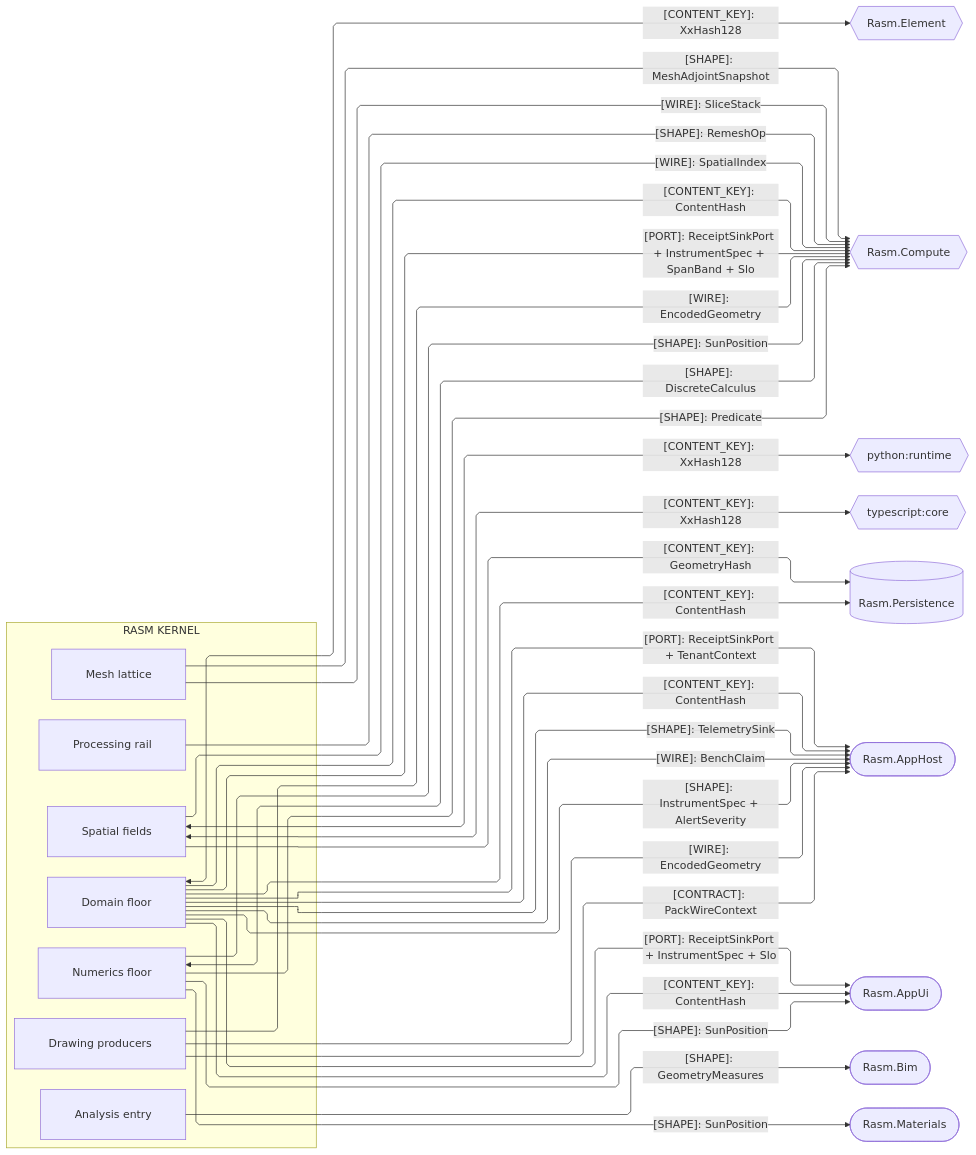
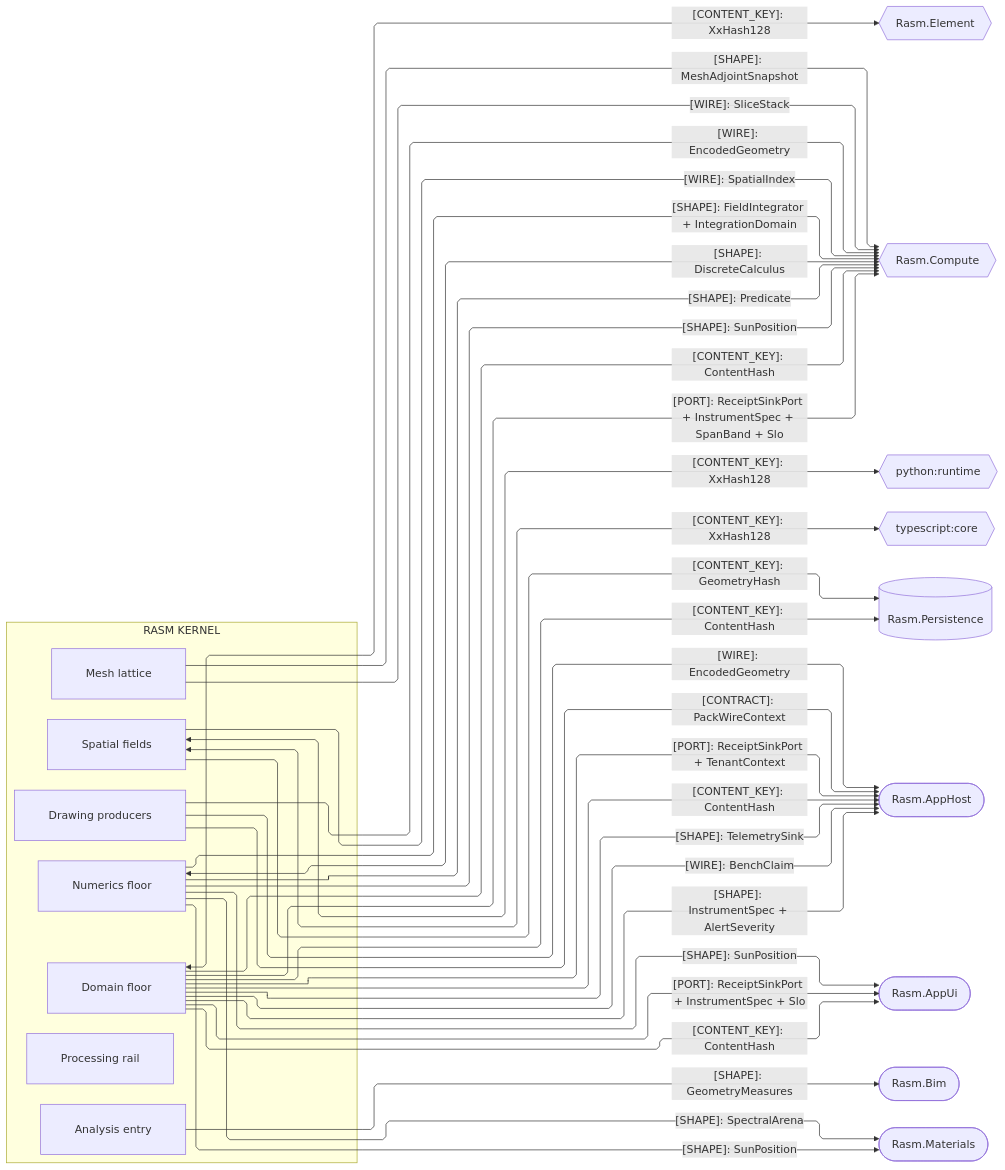
One commit to bsamiee/Rasm changed the second of 4 diagrams in libs/csharp/Rasm/ARCHITECTURE.md. Above: the diagram before and after it, drawn with Mermaid. The commit also changed other lines of this file and 138 other files, not shown here.

````diff
--- a/libs/csharp/Rasm/ARCHITECTURE.md
+++ b/libs/csharp/Rasm/ARCHITECTURE.md
@@ -149,57 +149,58 @@
 ```mermaid
 ---
 config:
   layout: elk
   flowchart:
     curve: linear
     padding: 25
 ---
 flowchart LR
     accTitle: Kernel content-key and compute-plane seams
     accDescr: Kernel owners federating content keys and handing compute, measure, and signal shapes, causal-frame ports, and encoded wires to same-branch and cross-runtime peers.
     subgraph rasm[RASM KERNEL]
         Domain[Domain floor]
         Numerics[Numerics floor]
         Spatial[Spatial fields]
         Meshing[Mesh lattice]
         Processing[Processing rail]
         Drawing[Drawing producers]
         Analysis[Analysis entry]
     end
     Element{{Rasm.Element}}
     Compute{{Rasm.Compute}}
     Runtime{{python:runtime}}
     Core{{typescript:core}}
     Persistence[(Rasm.Persistence)]
     AppHost([Rasm.AppHost])
     AppUi([Rasm.AppUi])
     Bim([Rasm.Bim])
     Materials([Rasm.Materials])
     Domain e1@<-->|"[CONTENT_KEY]: XxHash128"| Element
     Domain e2@-->|"[CONTENT_KEY]: ContentHash"| Persistence
     Domain e3@-->|"[CONTENT_KEY]: ContentHash"| Compute
     Domain e4@-->|"[CONTENT_KEY]: ContentHash"| AppHost
     Domain e5@-->|"[CONTENT_KEY]: ContentHash"| AppUi
     Spatial e6@-->|"[CONTENT_KEY]: GeometryHash"| Persistence
     Spatial e7@<-->|"[CONTENT_KEY]: XxHash128"| Runtime
     Spatial e8@<-->|"[CONTENT_KEY]: XxHash128"| Core
     Numerics e9@<-->|"[SHAPE]: DiscreteCalculus"| Compute
     Numerics e16@-->|"[SHAPE]: Predicate"| Compute
     Meshing e10@-->|"[SHAPE]: MeshAdjointSnapshot"| Compute
     Meshing e11@-->|"[WIRE]: SliceStack"| Compute
     Spatial e12@-->|"[WIRE]: SpatialIndex"| Compute
-    Processing e13@-->|"[SHAPE]: RemeshOp"| Compute
     Drawing e14@-->|"[WIRE]: EncodedGeometry"| Compute
     Drawing e15@-->|"[WIRE]: EncodedGeometry"| AppHost
     Drawing e24@-->|"[CONTRACT]: PackWireContext"| AppHost
     Domain e17@-->|"[SHAPE]: TelemetrySink"| AppHost
     Domain e18@-->|"[WIRE]: BenchClaim"| AppHost
     Domain e20@-->|"[SHAPE]: InstrumentSpec + AlertSeverity"| AppHost
     Domain e21@-->|"[PORT]: ReceiptSinkPort + TenantContext"| AppHost
     Domain e22@-->|"[PORT]: ReceiptSinkPort + InstrumentSpec + Slo"| AppUi
     Domain e23@-->|"[PORT]: ReceiptSinkPort + InstrumentSpec + SpanBand + Slo"| Compute
     Analysis e19@-->|"[SHAPE]: GeometryMeasures"| Bim
     Numerics e25@-->|"[SHAPE]: SunPosition"| Compute
     Numerics e26@-->|"[SHAPE]: SunPosition"| AppUi
     Numerics e27@-->|"[SHAPE]: SunPosition"| Materials
+    Numerics e28@-->|"[SHAPE]: SpectralArena"| Materials
+    Numerics e29@-->|"[SHAPE]: FieldIntegrator + IntegrationDomain"| Compute
 ```
````
